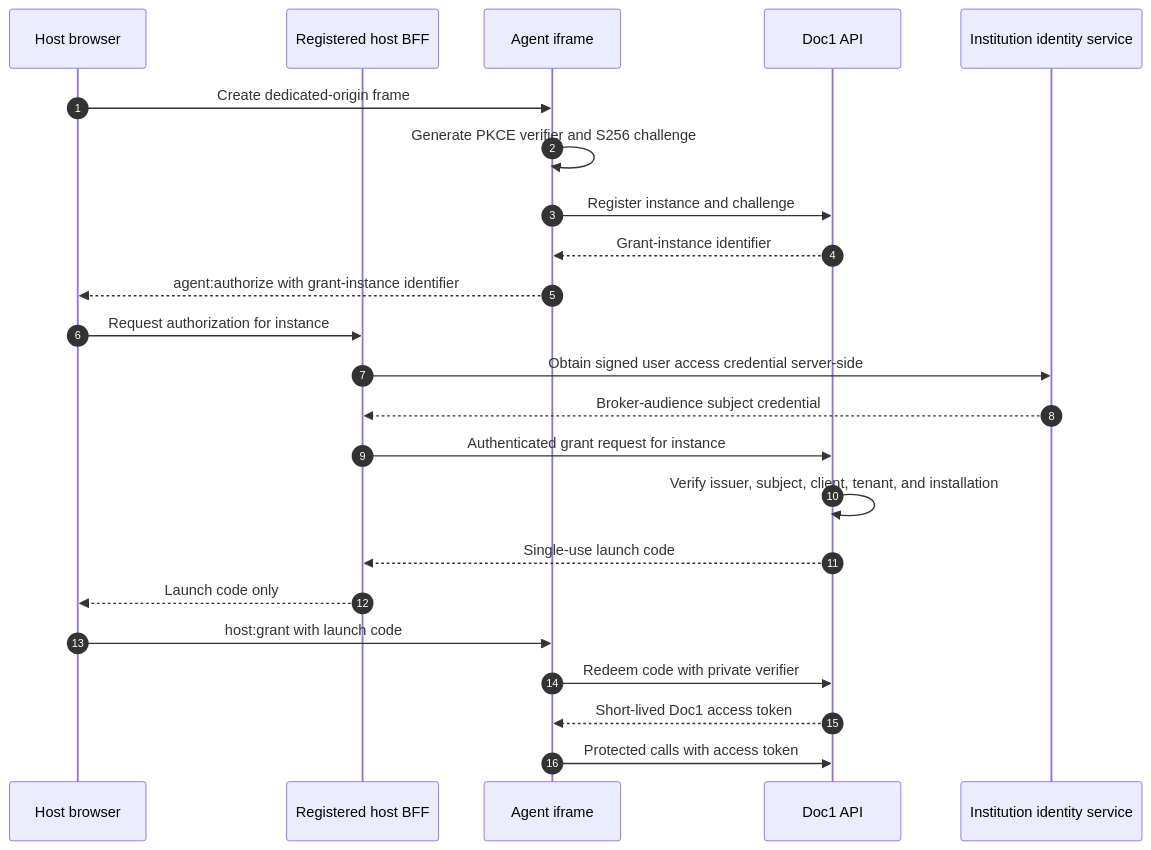
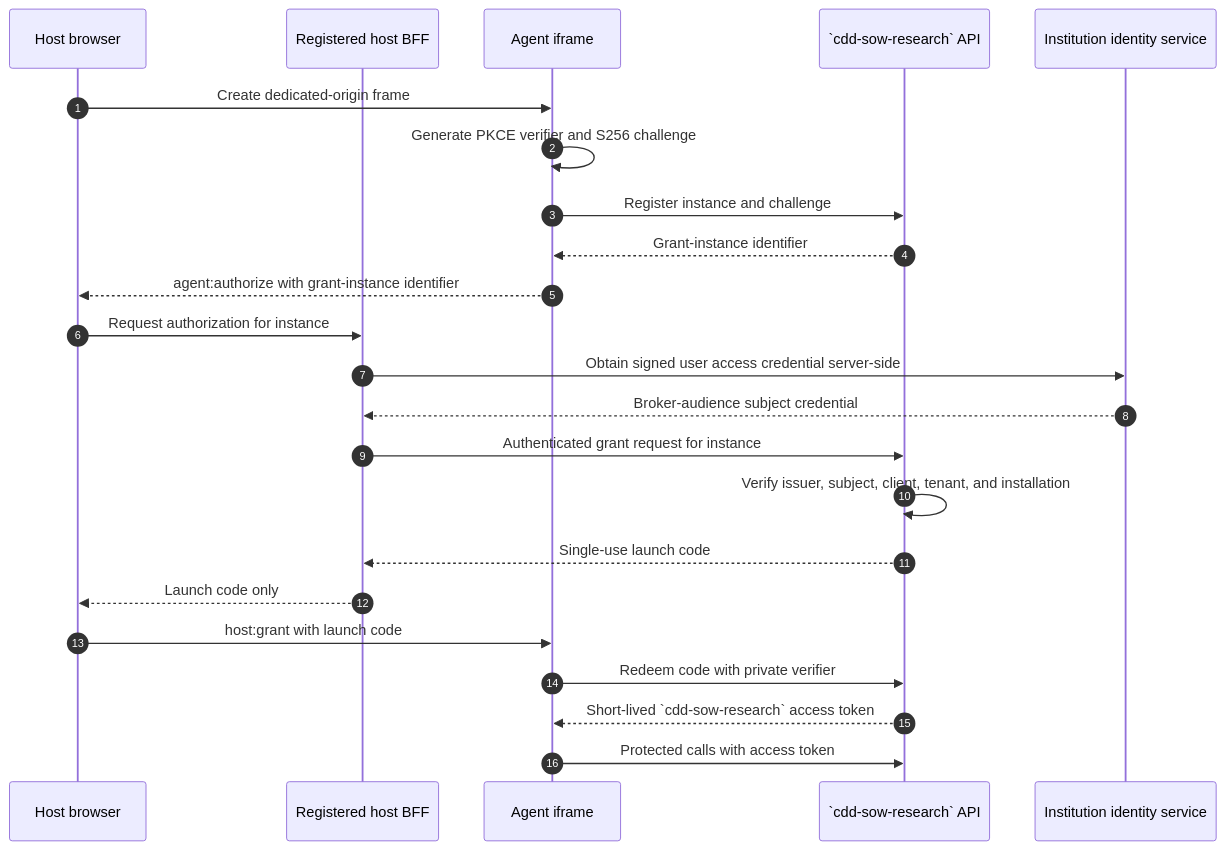
The diagram in docs/embedding-and-identity.md (portable-genai/cdd-sow-research), drawn with Mermaid before and after one commit. The commit also changed other lines of this file and 107 other files, not shown here.

````diff
--- a/docs/embedding-and-identity.md
+++ b/docs/embedding-and-identity.md
@@ -737,26 +737,26 @@
 ```mermaid
 sequenceDiagram
   autonumber
   participant H as Host browser
   participant B as Registered host BFF
   participant F as Agent iframe
-  participant A as Doc1 API
+  participant A as `cdd-sow-research` API
   participant I as Institution identity service
 
   H->>F: Create dedicated-origin frame
   F->>F: Generate PKCE verifier and S256 challenge
   F->>A: Register instance and challenge
   A-->>F: Grant-instance identifier
   F-->>H: agent:authorize with grant-instance identifier
   H->>B: Request authorization for instance
   B->>I: Obtain signed user access credential server-side
   I-->>B: Broker-audience subject credential
   B->>A: Authenticated grant request for instance
   A->>A: Verify issuer, subject, client, tenant, and installation
   A-->>B: Single-use launch code
   B-->>H: Launch code only
   H->>F: host:grant with launch code
   F->>A: Redeem code with private verifier
-  A-->>F: Short-lived Doc1 access token
+  A-->>F: Short-lived `cdd-sow-research` access token
   F->>A: Protected calls with access token
 ```
````
